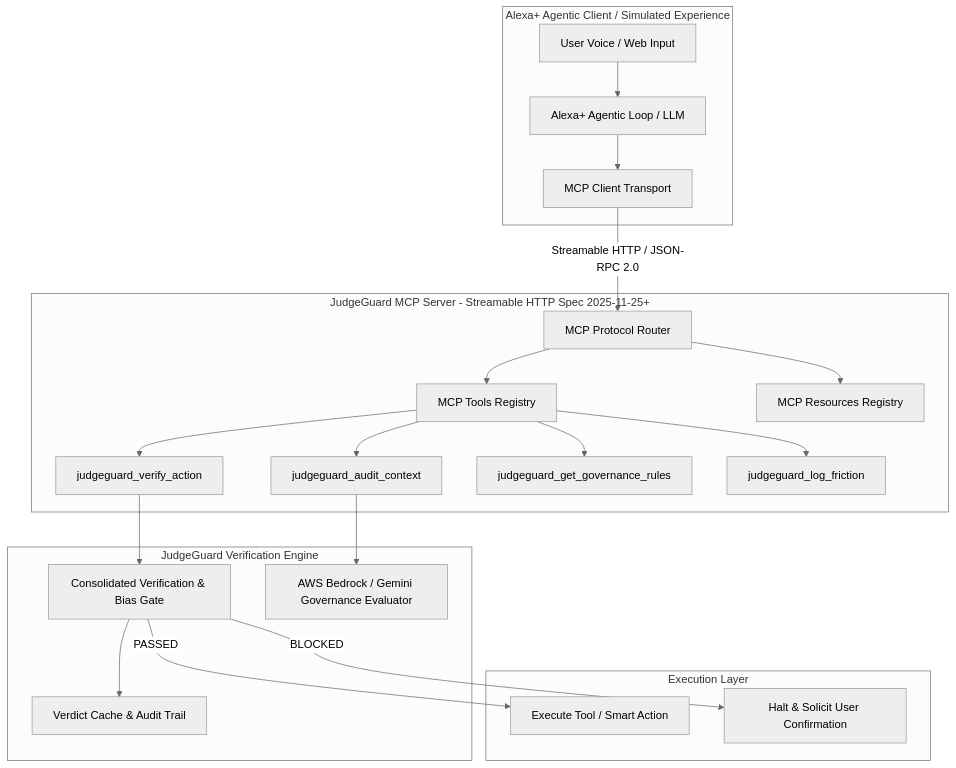
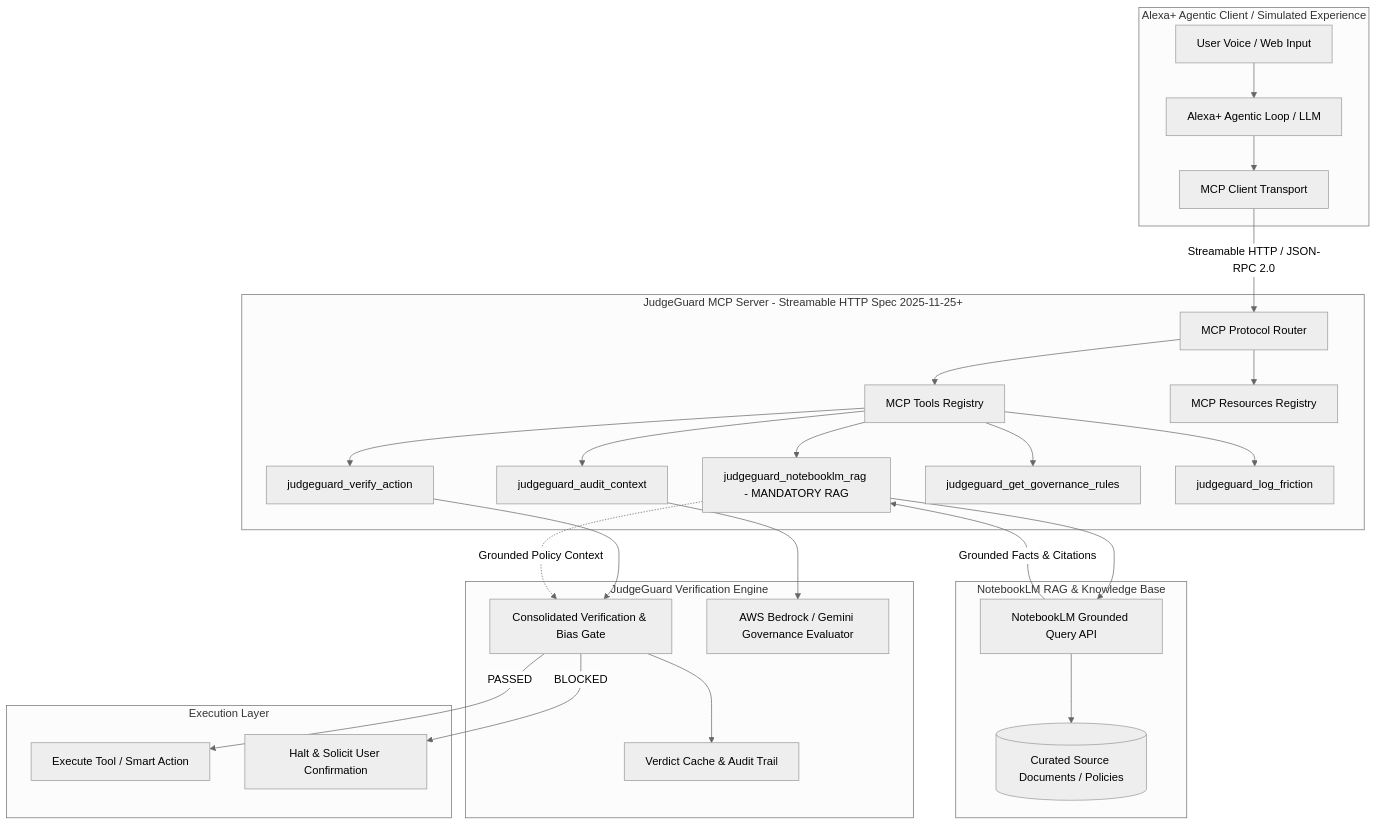
The diagram in openspec/changes/alexa-judgeguard-mcp/design.md (kiza-zmaj/judge-guard-core-master), drawn with Mermaid (neutral theme) before and after one commit. The commit also changed other lines of this file and 5 other files, not shown here.

Commit message:
checkpoint: Integrate NotebookLM as Mandatory RAG & Data Engine in JudgeGuard Architecture

````diff
--- a/openspec/changes/alexa-judgeguard-mcp/design.md
+++ b/openspec/changes/alexa-judgeguard-mcp/design.md
@@ -16,29 +17,37 @@
 ```mermaid
 flowchart TD
     subgraph Alexa_Plus_Agentic_Layer [Alexa+ Agentic Client / Simulated Experience]
         User[User Voice / Web Input] --> Agent[Alexa+ Agentic Loop / LLM]
         Agent --> Client[MCP Client Transport]
     end
 
     subgraph JudgeGuard_MCP_Server [JudgeGuard MCP Server - Streamable HTTP Spec 2025-11-25+]
         Client -->|Streamable HTTP / JSON-RPC 2.0| Router[MCP Protocol Router]
         Router --> Tools[MCP Tools Registry]
         Router --> Resources[MCP Resources Registry]
         
         Tools --> Tool_Verify[judgeguard_verify_action]
         Tools --> Tool_Audit[judgeguard_audit_context]
+        Tools --> Tool_RAG[judgeguard_notebooklm_rag - MANDATORY RAG]
         Tools --> Tool_Rules[judgeguard_get_governance_rules]
         Tools --> Tool_Friction[judgeguard_log_friction]
+    end
+
+    subgraph Authoritative_Data_Layer [NotebookLM RAG & Knowledge Base]
+        Tool_RAG --> NLM_Engine[NotebookLM Grounded Query API]
+        NLM_Engine --> Sources[(Curated Source Documents / Policies)]
+        NLM_Engine -->|Grounded Facts & Citations| Tool_RAG
     end
 
     subgraph JudgeGuard_Core_Engine [JudgeGuard Verification Engine]
         Tool_Verify --> Validator[Consolidated Verification & Bias Gate]
         Tool_Audit --> SafetyLLM[AWS Bedrock / Gemini Governance Evaluator]
+        Tool_RAG -.->|Grounded Policy Context| Validator
         Validator --> Cache[Verdict Cache & Audit Trail]
     end
 
     subgraph Target_Integrations [Execution Layer]
         Validator -->|PASSED| Execution[Execute Tool / Smart Action]
         Validator -->|BLOCKED| Alert[Halt & Solicit User Confirmation]
     end
 ```
````
